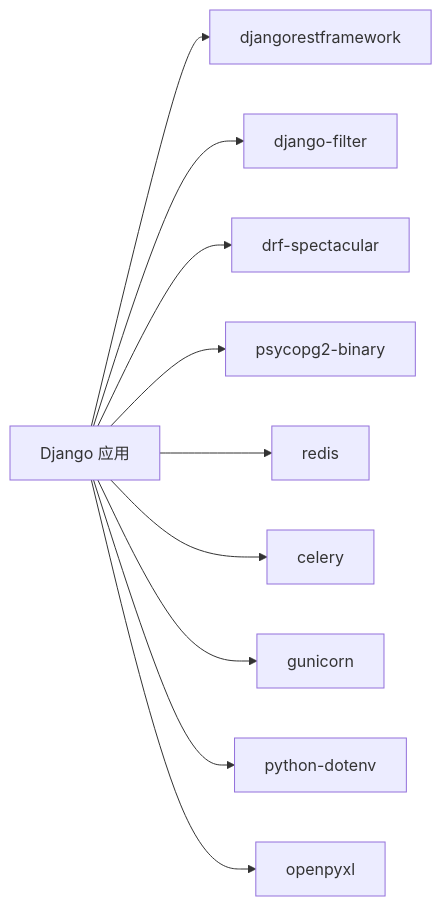
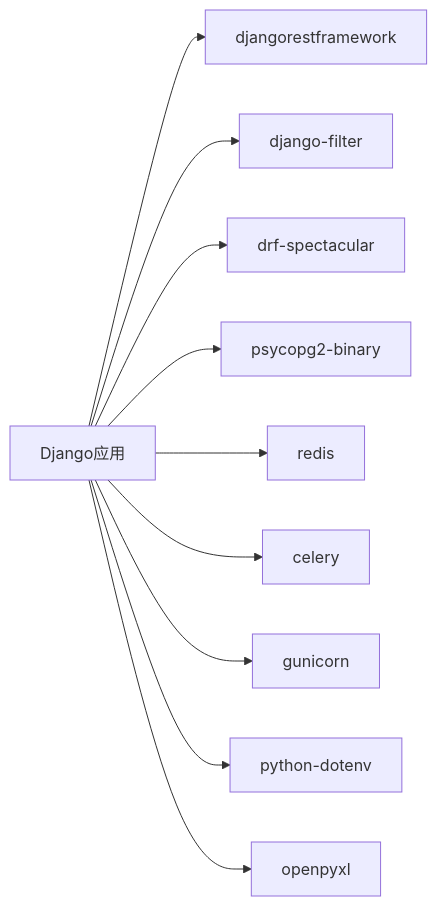
One commit to zyp-coder/Metadata changed the third of 4 diagrams in .qoder/repowiki/zh/content/部署配置/生产环境部署.md. Above: the diagram before and after it, drawn with Mermaid. The commit also changed other lines of this file and 54 other files, not shown here.

````diff
--- a/.qoder/repowiki/zh/content/部署配置/生产环境部署.md
+++ b/.qoder/repowiki/zh/content/部署配置/生产环境部署.md
@@ -215,12 +263,12 @@
 ```mermaid
 graph LR
-App["Django 应用"] --> DRF["djangorestframework"]
-App --> Filter["django-filter"]
-App --> Spectacular["drf-spectacular"]
-App --> PG["psycopg2-binary"]
-App --> Cache["redis"]
-App --> Task["celery"]
-App --> WSGI["gunicorn"]
-App --> Env["python-dotenv"]
-App --> Excel["openpyxl"]
+Django["Django应用"] --> DRF["djangorestframework"]
+Django --> Filter["django-filter"]
+Django --> Spectacular["drf-spectacular"]
+Django --> PG["psycopg2-binary"]
+Django --> Cache["redis"]
+Django --> Task["celery"]
+Django --> WSGI["gunicorn"]
+Django --> Env["python-dotenv"]
+Django --> Excel["openpyxl"]
 ```
````
